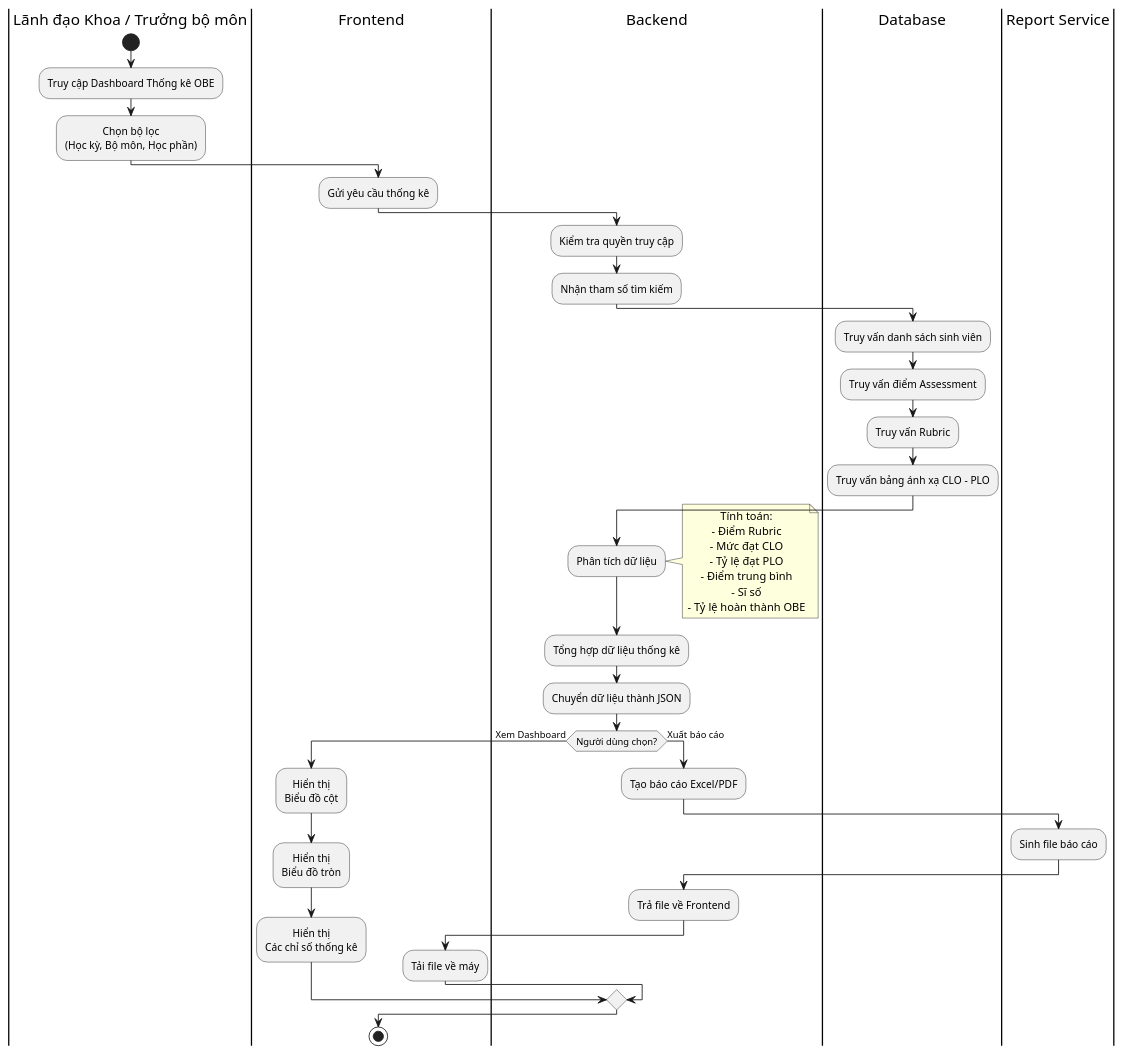
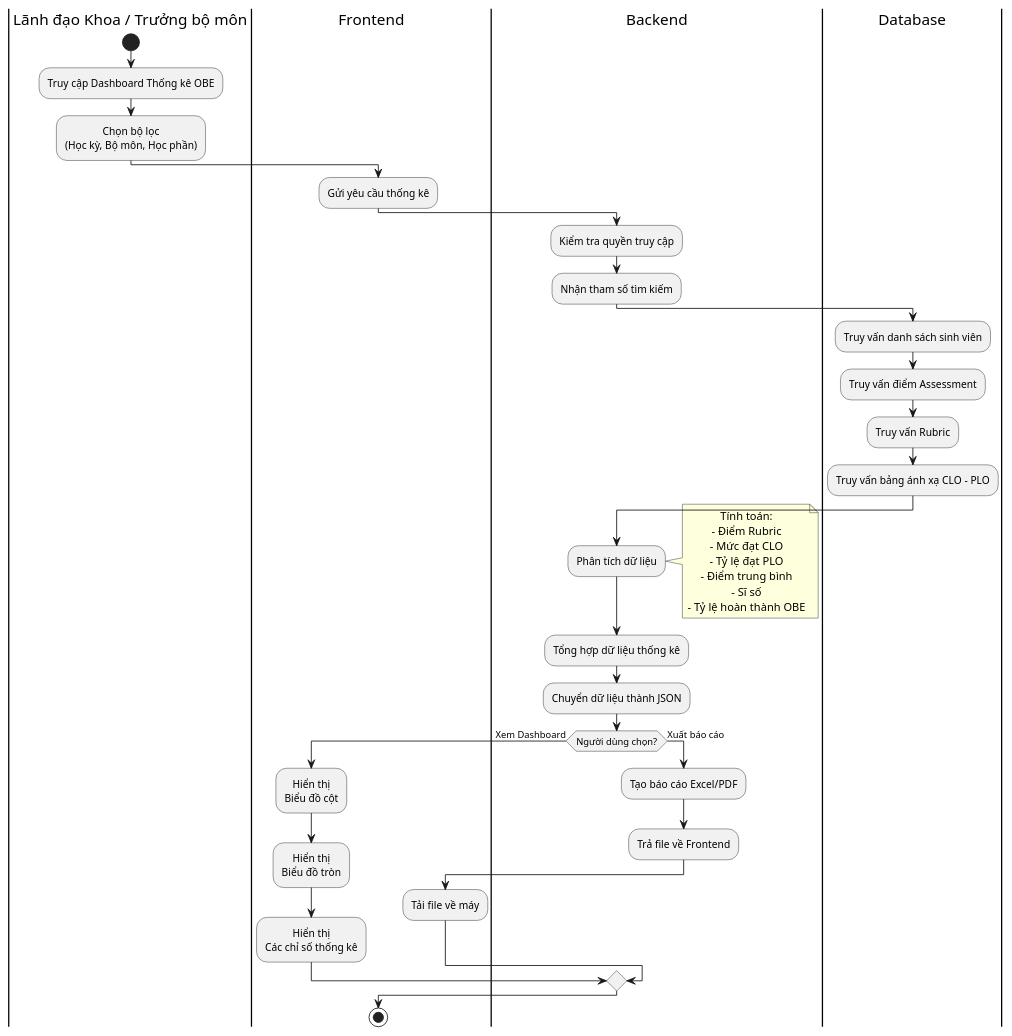
The diagram in eureka-server/eureka-server/src/main/java/hcmuaf/edu/vn/fit/rubric/plantUML/activityTeacher/OverviewAnOBE.puml (thanhthanh123vn/Rubric_Thanh_Duc_2025_2026), drawn with PlantUML before and after one commit. The commit also changed 77 other files, not shown here.

```diff
--- a/eureka-server/eureka-server/src/main/java/hcmuaf/edu/vn/fit/rubric/plantUML/activityTeacher/OverviewAnOBE.puml
+++ b/eureka-server/eureka-server/src/main/java/hcmuaf/edu/vn/fit/rubric/plantUML/activityTeacher/OverviewAnOBE.puml
@@ -1,66 +1,61 @@
 @startuml
 skinparam defaultTextAlignment center
 
 |Lãnh đạo Khoa / Trưởng bộ môn|
 start
 :Truy cập Dashboard Thống kê OBE;
 :Chọn bộ lọc
 (Học kỳ, Bộ môn, Học phần);
 
 |Frontend|
 :Gửi yêu cầu thống kê;
 
 |Backend|
 :Kiểm tra quyền truy cập;
 :Nhận tham số tìm kiếm;
 
 |Database|
 :Truy vấn danh sách sinh viên;
 :Truy vấn điểm Assessment;
 :Truy vấn Rubric;
 :Truy vấn bảng ánh xạ CLO - PLO;
 
 |Backend|
 :Phân tích dữ liệu;
 
 note right
 Tính toán:
 - Điểm Rubric
 - Mức đạt CLO
 - Tỷ lệ đạt PLO
 - Điểm trung bình
 - Sĩ số
 - Tỷ lệ hoàn thành OBE
 end note
 
 :Tổng hợp dữ liệu thống kê;
 :Chuyển dữ liệu thành JSON;
 
 if (Người dùng chọn?) then (Xem Dashboard)
 
 |Frontend|
 :Hiển thị
 Biểu đồ cột;
 :Hiển thị
 Biểu đồ tròn;
 :Hiển thị
 Các chỉ số thống kê;
 
 else (Xuất báo cáo)
 
 |Backend|
 :Tạo báo cáo Excel/PDF;
-
-|Report Service|
-:Sinh file báo cáo;
-
-|Backend|
 :Trả file về Frontend;
 
 |Frontend|
 :Tải file về máy;
 
 endif
 
 stop
 @enduml
```
